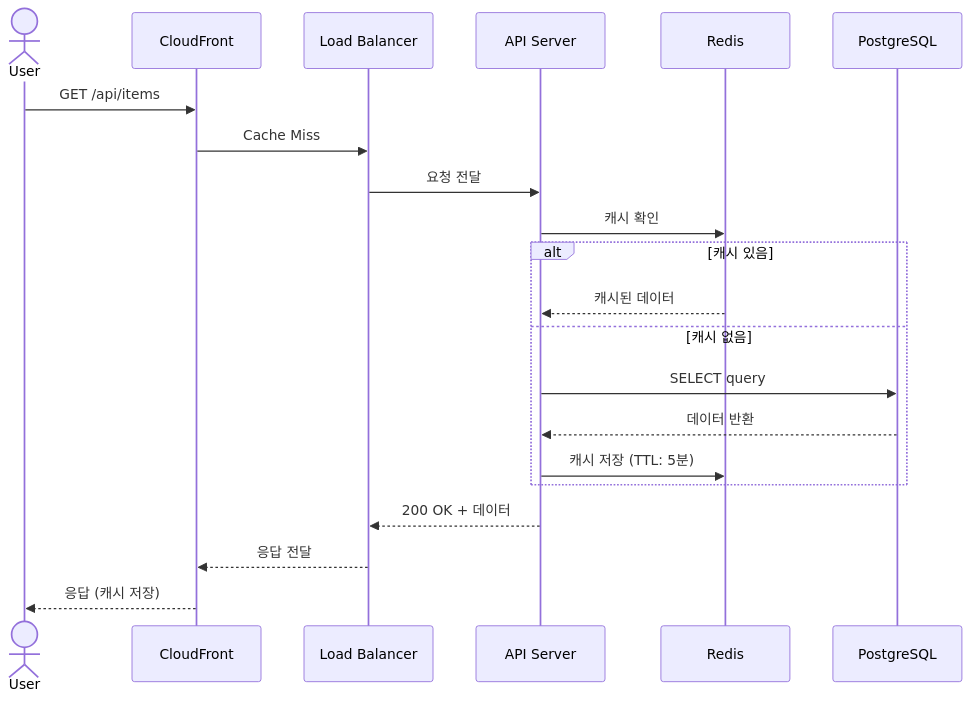
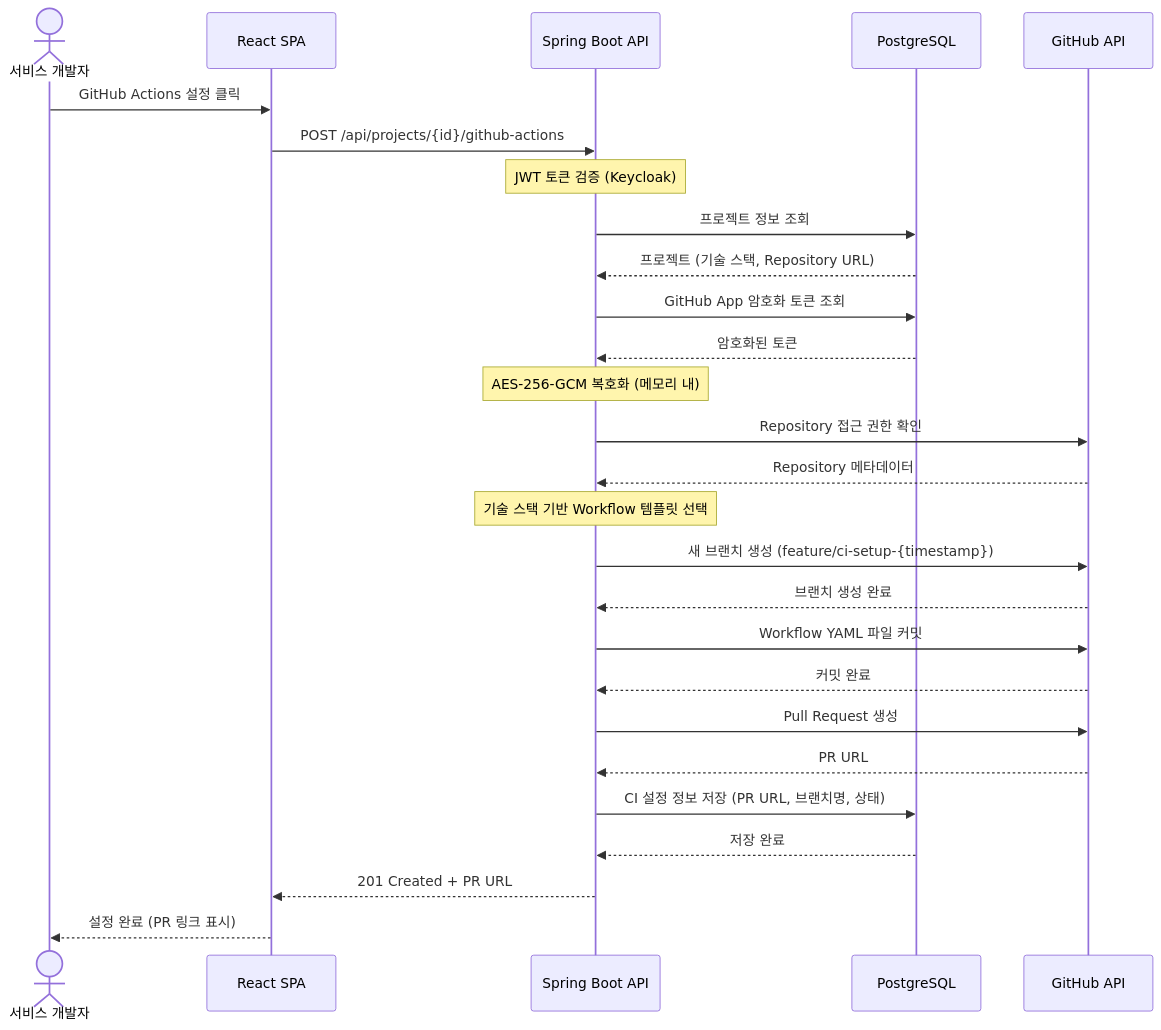
The seventh of 12 diagrams in docs/hld/architecture.md (kost0806/ci-hub), drawn with Mermaid before and after one commit. The commit also changed other lines of this file and 6 other files, not shown here.

````diff
--- a/docs/hld/architecture.md
+++ b/docs/hld/architecture.md
@@ -289,24 +293,30 @@
 ```mermaid
 sequenceDiagram
-    actor User
-    participant CDN as CloudFront
-    participant LB as Load Balancer
-    participant API as API Server
-    participant Cache as Redis
+    actor Developer as 서비스 개발자
+    participant FE as React SPA
+    participant BE as Spring Boot API
     participant DB as PostgreSQL
+    participant GH as GitHub API
 
-    User->>CDN: GET /api/items
-    CDN->>LB: Cache Miss
-    LB->>API: 요청 전달
-    API->>Cache: 캐시 확인
-    alt 캐시 있음
-        Cache-->>API: 캐시된 데이터
-    else 캐시 없음
-        API->>DB: SELECT query
-        DB-->>API: 데이터 반환
-        API->>Cache: 캐시 저장 (TTL: 5분)
-    end
-    API-->>LB: 200 OK + 데이터
-    LB-->>CDN: 응답 전달
-    CDN-->>User: 응답 (캐시 저장)
+    Developer->>FE: GitHub Actions 설정 클릭
+    FE->>BE: POST /api/projects/{id}/github-actions
+    Note over BE: JWT 토큰 검증 (Keycloak)
+    BE->>DB: 프로젝트 정보 조회
+    DB-->>BE: 프로젝트 (기술 스택, Repository URL)
+    BE->>DB: GitHub App 암호화 토큰 조회
+    DB-->>BE: 암호화된 토큰
+    Note over BE: AES-256-GCM 복호화 (메모리 내)
+    BE->>GH: Repository 접근 권한 확인
+    GH-->>BE: Repository 메타데이터
+    Note over BE: 기술 스택 기반 Workflow 템플릿 선택
+    BE->>GH: 새 브랜치 생성 (feature/ci-setup-{timestamp})
+    GH-->>BE: 브랜치 생성 완료
+    BE->>GH: Workflow YAML 파일 커밋
+    GH-->>BE: 커밋 완료
+    BE->>GH: Pull Request 생성
+    GH-->>BE: PR URL
+    BE->>DB: CI 설정 정보 저장 (PR URL, 브랜치명, 상태)
+    DB-->>BE: 저장 완료
+    BE-->>FE: 201 Created + PR URL
+    FE-->>Developer: 설정 완료 (PR 링크 표시)
 ```
````
